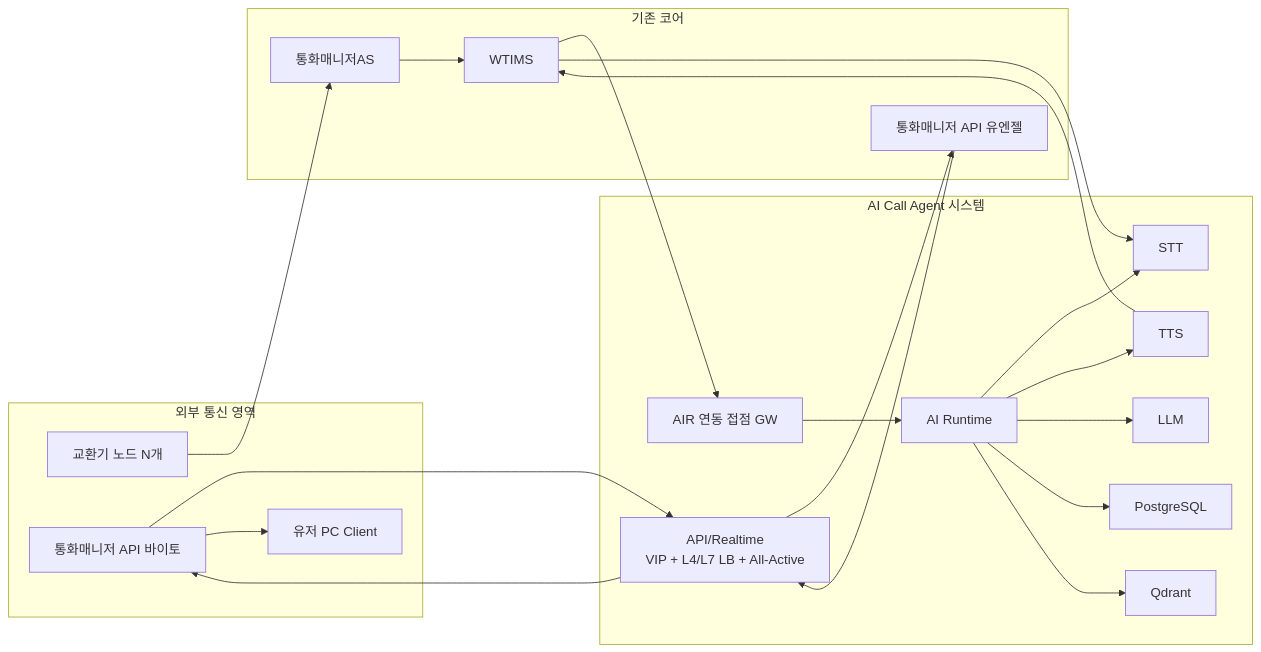
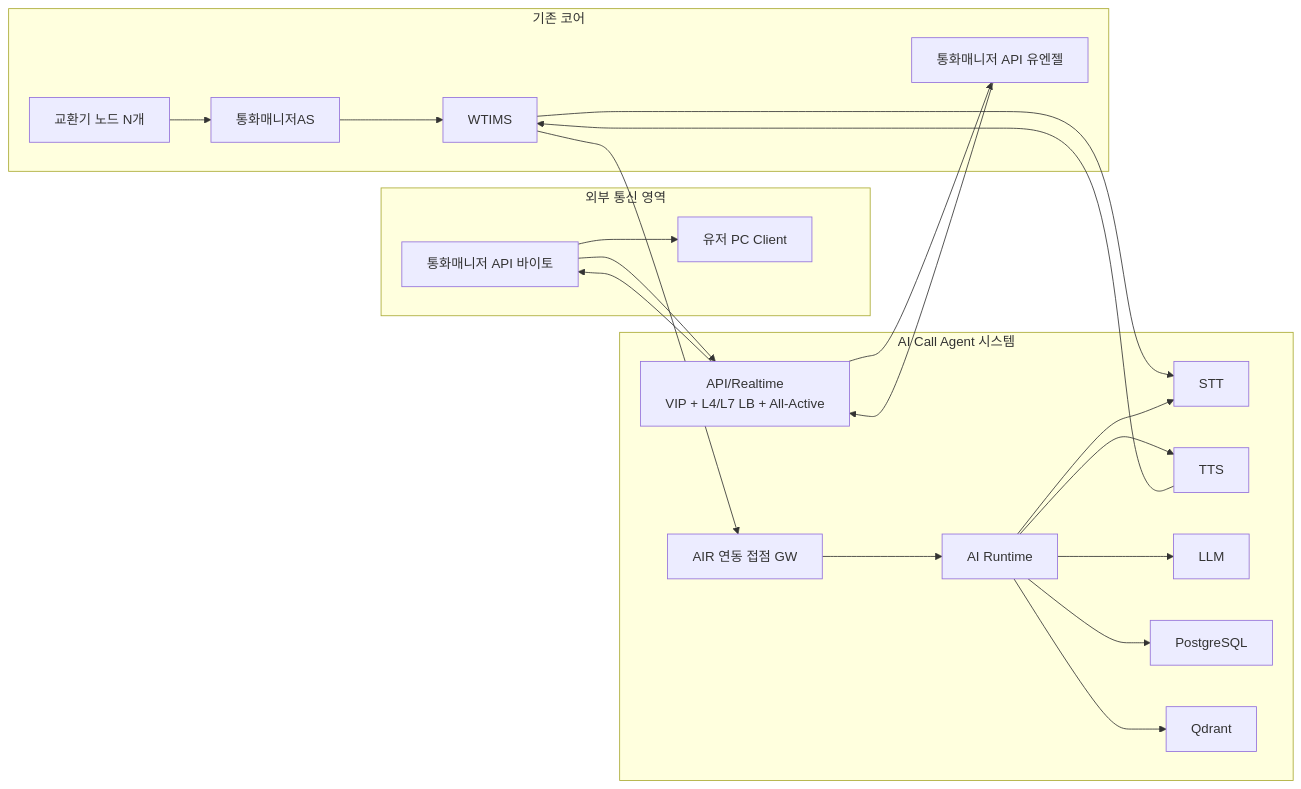
The second of 6 diagrams in docs/architecture/production-deployment-architecture.md (hak023/agentic_ai_callbot), drawn with Mermaid before and after one commit. The commit also changed other lines of this file, not shown here.

Commit message:
docs: sync production-deployment-architecture from sip-pbx (core subgraph for exchange)

````diff
--- a/docs/architecture/production-deployment-architecture.md
+++ b/docs/architecture/production-deployment-architecture.md
@@ -242,36 +242,36 @@
 ```mermaid
 flowchart LR
     subgraph EXT["외부 통신 영역"]
-        EX["교환기 노드 N개"]
         PCL["유저 PC Client"]
         BAPI["통화매니저 API 바이토"]
     end
     subgraph CORE["기존 코어"]
+        EX["교환기 노드 N개"]
         CM["통화매니저AS"]
         WT["WTIMS"]
         UAPI["통화매니저 API 유엔젤"]
     end
     subgraph ACA["AI Call Agent 시스템"]
         GW["AIR 연동 접점 GW"]
         AIR["AI Runtime"]
         STT["STT"]
         TTS["TTS"]
         LLM["LLM"]
         API["API/Realtime<br/>VIP + L4/L7 LB + All-Active"]
         PG["PostgreSQL"]
         QD["Qdrant"]
     end
     EX --> CM --> WT
     WT --> GW --> AIR
     WT --> STT
     AIR --> STT
     AIR --> TTS --> WT
     AIR --> LLM
     UAPI --> API
     BAPI --> API
     API --> UAPI
     API --> BAPI
     BAPI --> PCL
     AIR --> PG
     AIR --> QD
 ```
````
